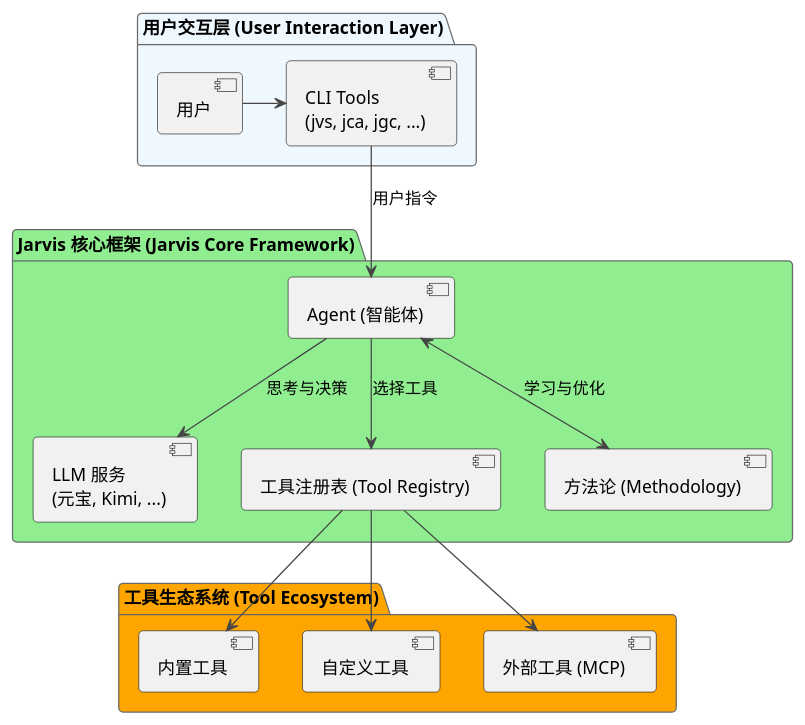
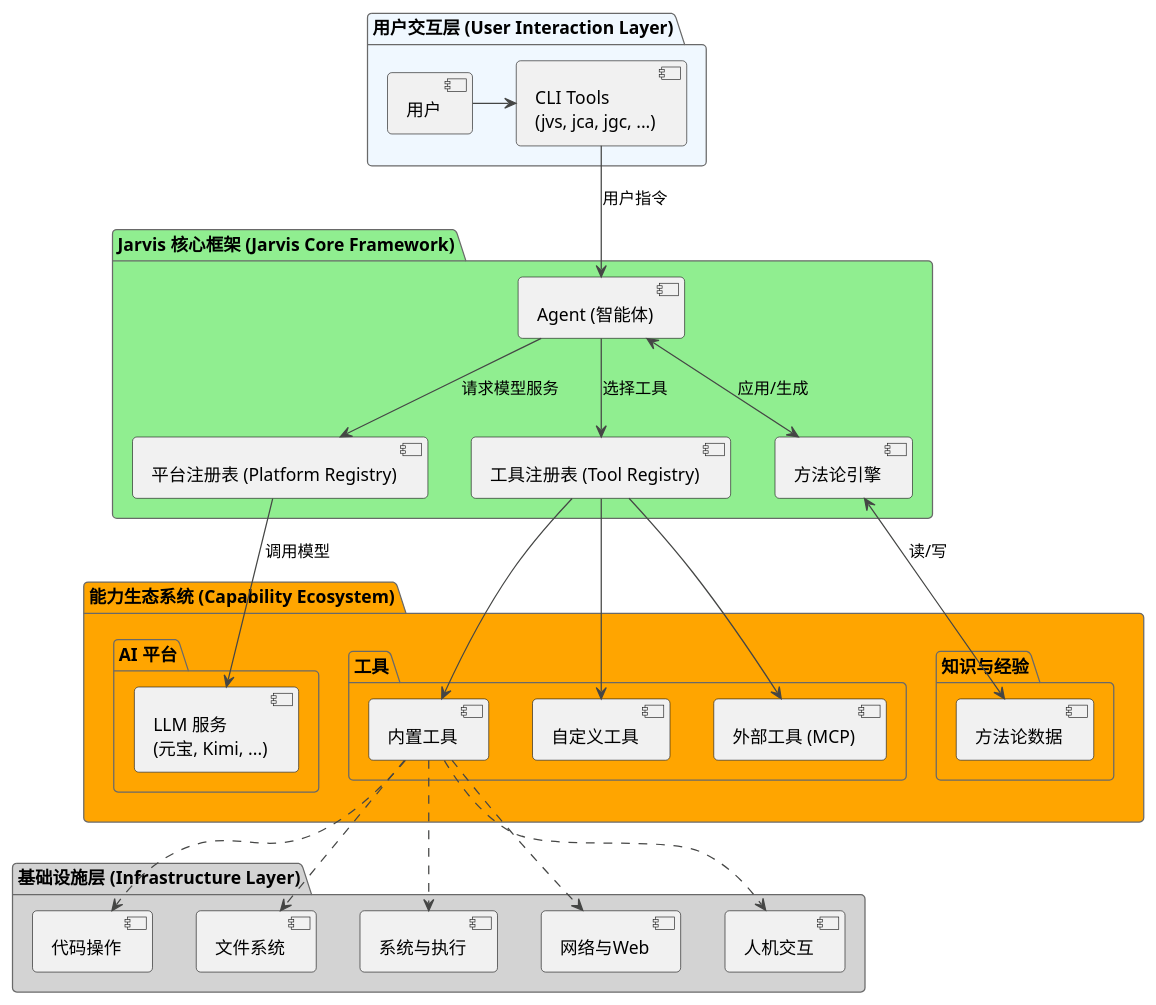
Before and after one commit to skyfireitdiy/Jarvis: the first of 2 diagrams in docs/jarvis_book/1.项目介绍.md, drawn with PlantUML. The commit also changed other lines of this file, not shown here.

Commit message:
docs(arch): 更新架构图以更清晰地划分层次结构
重构了项目介绍文档中的系统架构图及其文字说明，旨在提供一个更清晰、分层更明确的架构视图。

此次更新明确了不同抽象层次的职责：
- **能力生态系统**: 替代原有的“工具生态系统”，整合了AI平台、工具集和知识经验，作为能力来源。
- **基础设施层**: 新增此层，以体现内置工具所依赖的底层原子能力（如文件操作、系统执行等）。
- **核心框架**: 引入“平台注册表”来管理和解耦AI模型服务，并将“方法论”更名为“方法论引擎”，以突出其主动学习和应用的功能。

````diff
--- a/docs/jarvis_book/1.项目介绍.md
+++ b/docs/jarvis_book/1.项目介绍.md
@@ -61,37 +61,61 @@
 ```plantuml
 @startuml
 !theme vibrant
 
 ' --- Component Definitions ---
 package "用户交互层 (User Interaction Layer)" #AliceBlue {
   [用户] as User
   [CLI Tools\n(jvs, jca, jgc, ...)] as CLI
 }
 
 package "Jarvis 核心框架 (Jarvis Core Framework)" #LightGreen {
   [Agent (智能体)] as Agent
-  [LLM 服务\n(元宝, Kimi, ...)] as LLM
+  [平台注册表 (Platform Registry)] as PlatformRegistry
   [工具注册表 (Tool Registry)] as ToolRegistry
-  [方法论 (Methodology)] as Methodology
+  [方法论引擎] as MethodologyEngine
 }
 
-package "工具生态系统 (Tool Ecosystem)" #Orange {
-  [内置工具] as BuiltinTools
-  [自定义工具] as CustomTools
-  [外部工具 (MCP)] as MCPTools
+package "能力生态系统 (Capability Ecosystem)" #Orange {
+  package "AI 平台" as AIPackage {
+    [LLM 服务\n(元宝, Kimi, ...)] as LLM
+  }
+  package "工具" as ToolPackage {
+    [内置工具] as BuiltinTools
+    [自定义工具] as CustomTools
+    [外部工具 (MCP)] as MCPTools
+  }
+  package "知识与经验" as KnowledgePackage {
+    [方法论数据] as MethodologyData
+  }
+}
+
+package "基础设施层 (Infrastructure Layer)" #LightGrey {
+  [代码操作] as CodeOps
+  [文件系统] as FileSystem
+  [系统与执行] as SysExecution
+  [网络与Web] as WebAccess
+  [人机交互] as HumanInteraction
 }
 
 ' --- Relationship Definitions ---
 User -right-> CLI
 CLI -down-> Agent : "用户指令"
-Agent --> LLM : "思考与决策"
+Agent --> PlatformRegistry : "请求模型服务"
+PlatformRegistry --> LLM : "调用模型"
 Agent --> ToolRegistry : "选择工具"
-Agent <--> Methodology : "学习与优化"
+Agent <--> MethodologyEngine : "应用/生成"
+MethodologyEngine <--> MethodologyData : "读/写"
 
 ToolRegistry --> BuiltinTools
 ToolRegistry --> CustomTools
 ToolRegistry --> MCPTools
 
+BuiltinTools ..> CodeOps
+BuiltinTools ..> FileSystem
+BuiltinTools ..> SysExecution
+BuiltinTools ..> WebAccess
+BuiltinTools ..> HumanInteraction
+
 
 @enduml
 ```
````
